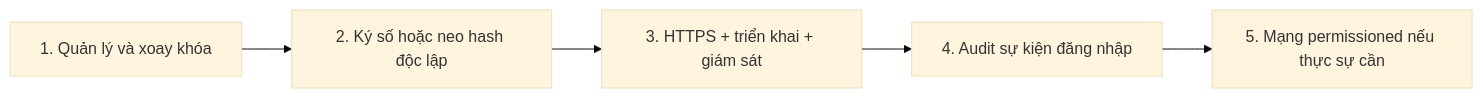
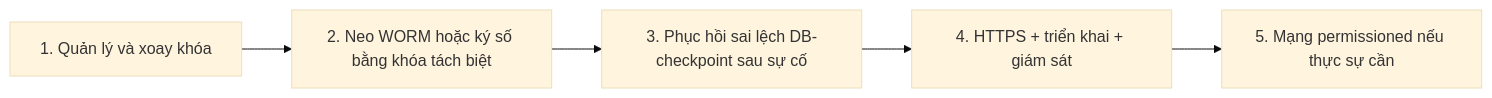
Before and after one commit to hv6z/secureedu-authenticated-student-records: the sixth of 6 diagrams in docs/KIEN_TRUC_HE_THONG.md, drawn with Mermaid (base theme). The commit also changed other lines of this file and 36 other files, not shown here.

````diff
--- a/docs/KIEN_TRUC_HE_THONG.md
+++ b/docs/KIEN_TRUC_HE_THONG.md
@@ -250,7 +263,7 @@
 ```mermaid
 flowchart LR
-    A["1. Quản lý và xoay khóa"] --> B["2. Ký số hoặc neo hash độc lập"]
-    B --> C["3. HTTPS + triển khai + giám sát"]
-    C --> D["4. Audit sự kiện đăng nhập"]
+    A["1. Quản lý và xoay khóa"] --> B["2. Neo WORM hoặc ký số bằng khóa tách biệt"]
+    B --> C["3. Phục hồi sai lệch DB-checkpoint sau sự cố"]
+    C --> D["4. HTTPS + triển khai + giám sát"]
     D --> E["5. Mạng permissioned nếu thực sự cần"]
 ```
````
